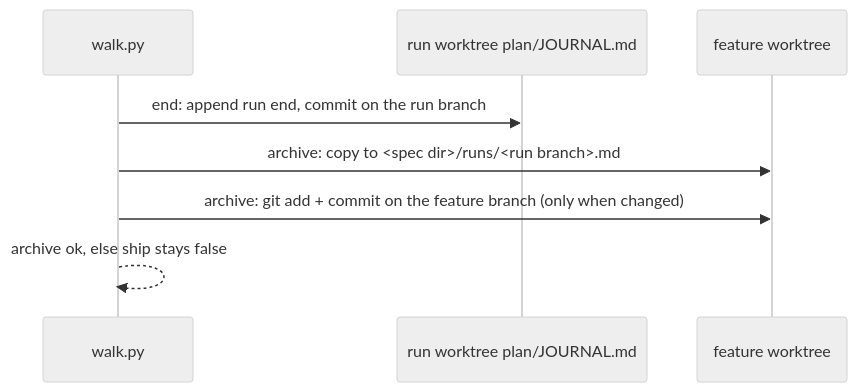
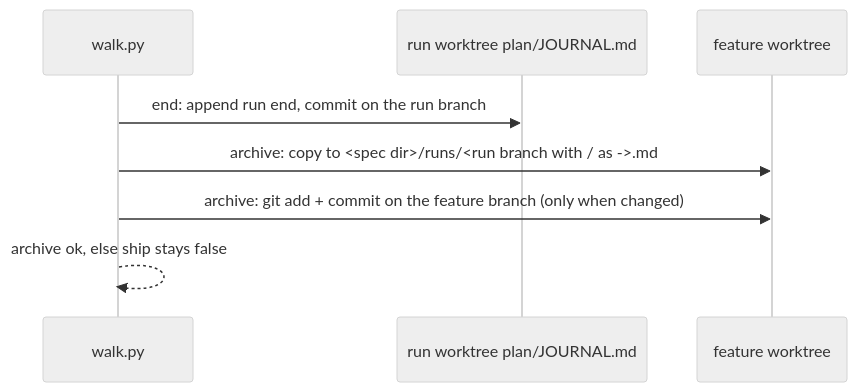
Before and after one commit to midnightblur/afk-driver: the sixth of 7 diagrams in docs/afk/178/SDD.md, drawn with Mermaid (neutral theme). The commit also changed other lines of this file, not shown here.

````diff
--- a/docs/afk/178/SDD.md
+++ b/docs/afk/178/SDD.md
@@ -279,10 +281,10 @@
 ```mermaid
 sequenceDiagram
   participant W as walk.py
   participant R as run worktree plan/JOURNAL.md
   participant F as feature worktree
   W->>R: end: append run end, commit on the run branch
-  W->>F: archive: copy to <spec dir>/runs/<run branch>.md
+  W->>F: archive: copy to <spec dir>/runs/<run branch with / as ->.md
   W->>F: archive: git add + commit on the feature branch (only when changed)
   W-->>W: archive ok, else ship stays false
 ```
````
